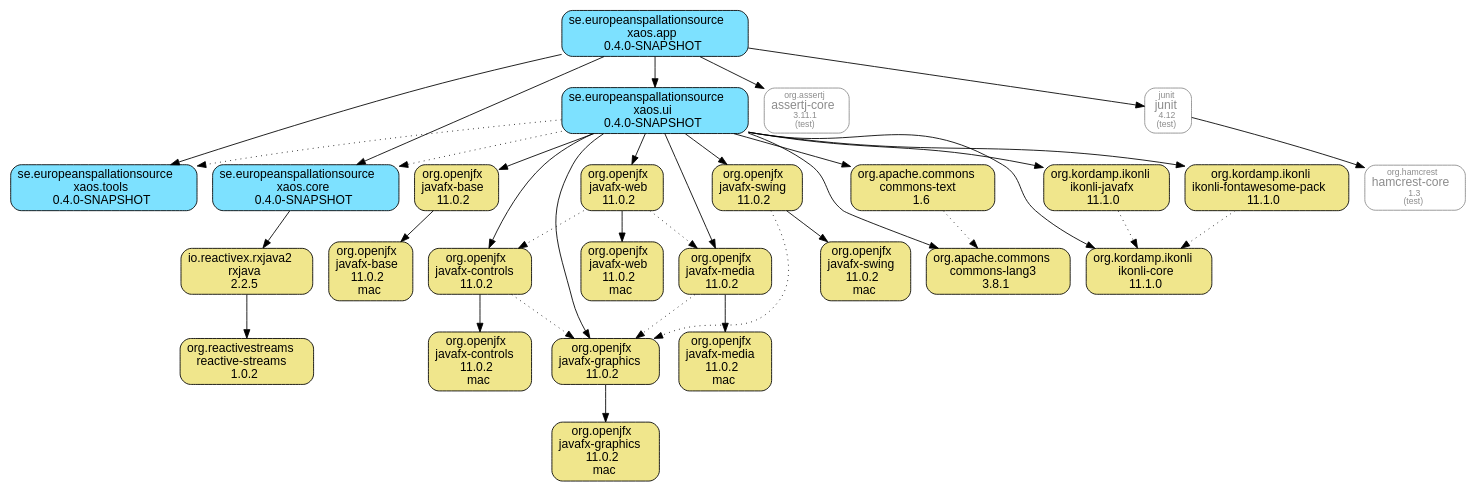
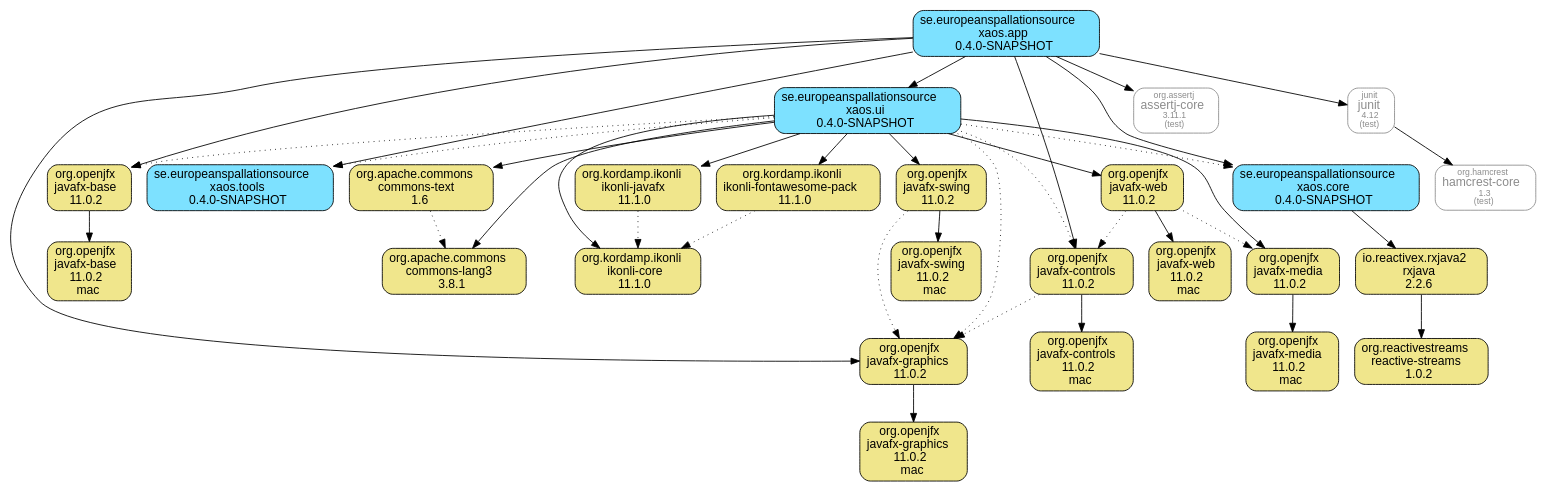
Before and after one commit to ESSICS/XAOS: the diagram in xaos.app.module/doc/maven-dependencies.dot, drawn with Graphviz. The commit also changed 67 other files, not shown here.

```diff
--- a/xaos.app.module/doc/maven-dependencies.dot
+++ b/xaos.app.module/doc/maven-dependencies.dot
@@ -1,69 +1,71 @@
 digraph "xaos.app" {
   node [shape="box",style="rounded",fontname="Helvetica",fontsize="14"]
   edge [fontsize="10",fontname="Helvetica"]
 
   // Node Definitions:
-  "se.europeanspallationsource:xaos.app:jar"[shape="box",style="rounded, filled",fillcolor="#7DE1FF",label=<se.europeanspallationsource<br/>xaos.app<br/>0.4.0-SNAPSHOT>]
-  "se.europeanspallationsource:xaos.tools:jar"[shape="box",style="rounded, filled",fillcolor="#7DE1FF",label=<se.europeanspallationsource<br/>xaos.tools<br/>0.4.0-SNAPSHOT>]
-  "io.reactivex.rxjava2:rxjava:jar"[shape="box",style="rounded, filled",fillcolor="khaki",label=<io.reactivex.rxjava2<br/>rxjava<br/>2.2.5>]
-  "org.reactivestreams:reactive-streams:jar"[shape="box",style="rounded, filled",fillcolor="khaki",label=<org.reactivestreams<br/>reactive-streams<br/>1.0.2>]
-  "se.europeanspallationsource:xaos.core:jar"[shape="box",style="rounded, filled",fillcolor="#7DE1FF",label=<se.europeanspallationsource<br/>xaos.core<br/>0.4.0-SNAPSHOT>]
   "org.openjfx:javafx-base:jar"[shape="box",style="rounded, filled",fillcolor="khaki",label=<org.openjfx<br/>javafx-base<br/>11.0.2>]
   "org.openjfx:javafx-base:jar:mac"[shape="box",style="rounded, filled",fillcolor="khaki",label=<org.openjfx<br/>javafx-base<br/>11.0.2<br/>mac>]
-  "se.europeanspallationsource:xaos.ui:jar"[shape="box",style="rounded, filled",fillcolor="#7DE1FF",label=<se.europeanspallationsource<br/>xaos.ui<br/>0.4.0-SNAPSHOT>]
+  "se.europeanspallationsource:xaos.app:jar"[shape="box",style="rounded, filled",fillcolor="#7DE1FF",label=<se.europeanspallationsource<br/>xaos.app<br/>0.4.0-SNAPSHOT>]
   "org.openjfx:javafx-controls:jar"[shape="box",style="rounded, filled",fillcolor="khaki",label=<org.openjfx<br/>javafx-controls<br/>11.0.2>]
   "org.openjfx:javafx-controls:jar:mac"[shape="box",style="rounded, filled",fillcolor="khaki",label=<org.openjfx<br/>javafx-controls<br/>11.0.2<br/>mac>]
   "org.openjfx:javafx-graphics:jar"[shape="box",style="rounded, filled",fillcolor="khaki",label=<org.openjfx<br/>javafx-graphics<br/>11.0.2>]
   "org.openjfx:javafx-graphics:jar:mac"[shape="box",style="rounded, filled",fillcolor="khaki",label=<org.openjfx<br/>javafx-graphics<br/>11.0.2<br/>mac>]
+  "se.europeanspallationsource:xaos.tools:jar"[shape="box",style="rounded, filled",fillcolor="#7DE1FF",label=<se.europeanspallationsource<br/>xaos.tools<br/>0.4.0-SNAPSHOT>]
+  "io.reactivex.rxjava2:rxjava:jar"[shape="box",style="rounded, filled",fillcolor="khaki",label=<io.reactivex.rxjava2<br/>rxjava<br/>2.2.6>]
+  "org.reactivestreams:reactive-streams:jar"[shape="box",style="rounded, filled",fillcolor="khaki",label=<org.reactivestreams<br/>reactive-streams<br/>1.0.2>]
+  "se.europeanspallationsource:xaos.core:jar"[shape="box",style="rounded, filled",fillcolor="#7DE1FF",label=<se.europeanspallationsource<br/>xaos.core<br/>0.4.0-SNAPSHOT>]
+  "se.europeanspallationsource:xaos.ui:jar"[shape="box",style="rounded, filled",fillcolor="#7DE1FF",label=<se.europeanspallationsource<br/>xaos.ui<br/>0.4.0-SNAPSHOT>]
   "org.openjfx:javafx-media:jar"[shape="box",style="rounded, filled",fillcolor="khaki",label=<org.openjfx<br/>javafx-media<br/>11.0.2>]
   "org.openjfx:javafx-media:jar:mac"[shape="box",style="rounded, filled",fillcolor="khaki",label=<org.openjfx<br/>javafx-media<br/>11.0.2<br/>mac>]
   "org.openjfx:javafx-swing:jar"[shape="box",style="rounded, filled",fillcolor="khaki",label=<org.openjfx<br/>javafx-swing<br/>11.0.2>]
   "org.openjfx:javafx-swing:jar:mac"[shape="box",style="rounded, filled",fillcolor="khaki",label=<org.openjfx<br/>javafx-swing<br/>11.0.2<br/>mac>]
   "org.openjfx:javafx-web:jar"[shape="box",style="rounded, filled",fillcolor="khaki",label=<org.openjfx<br/>javafx-web<br/>11.0.2>]
   "org.openjfx:javafx-web:jar:mac"[shape="box",style="rounded, filled",fillcolor="khaki",label=<org.openjfx<br/>javafx-web<br/>11.0.2<br/>mac>]
   "org.apache.commons:commons-lang3:jar"[shape="box",style="rounded, filled",fillcolor="khaki",label=<org.apache.commons<br/>commons-lang3<br/>3.8.1>]
   "org.apache.commons:commons-text:jar"[shape="box",style="rounded, filled",fillcolor="khaki",label=<org.apache.commons<br/>commons-text<br/>1.6>]
   "org.kordamp.ikonli:ikonli-core:jar"[shape="box",style="rounded, filled",fillcolor="khaki",label=<org.kordamp.ikonli<br/>ikonli-core<br/>11.1.0>]
   "org.kordamp.ikonli:ikonli-javafx:jar"[shape="box",style="rounded, filled",fillcolor="khaki",label=<org.kordamp.ikonli<br/>ikonli-javafx<br/>11.1.0>]
   "org.kordamp.ikonli:ikonli-fontawesome-pack:jar"[shape="box",style="rounded, filled",fillcolor="khaki",label=<org.kordamp.ikonli<br/>ikonli-fontawesome-pack<br/>11.1.0>]
   "org.assertj:assertj-core:jar"[shape="box",style="rounded",color="grey55",fontname="Helvetica",fontsize="14",fontcolor="grey55",label=<<font color="grey55" point-size="10">org.assertj</font><br/>assertj-core<font color="grey55" point-size="10"><br/>3.11.1</font><font color="grey55" point-size="10"><br/>(test)</font>>]
   "junit:junit:jar"[shape="box",style="rounded",color="grey55",fontname="Helvetica",fontsize="14",fontcolor="grey55",label=<<font color="grey55" point-size="10">junit</font><br/>junit<font color="grey55" point-size="10"><br/>4.12</font><font color="grey55" point-size="10"><br/>(test)</font>>]
   "org.hamcrest:hamcrest-core:jar"[shape="box",style="rounded",color="grey55",fontname="Helvetica",fontsize="14",fontcolor="grey55",label=<<font color="grey55" point-size="10">org.hamcrest</font><br/>hamcrest-core<font color="grey55" point-size="10"><br/>1.3</font><font color="grey55" point-size="10"><br/>(test)</font>>]
 
   // Edge Definitions:
+  "org.openjfx:javafx-base:jar" -> "org.openjfx:javafx-base:jar:mac"
+  "se.europeanspallationsource:xaos.app:jar" -> "org.openjfx:javafx-base:jar"
+  "org.openjfx:javafx-controls:jar" -> "org.openjfx:javafx-controls:jar:mac"
+  "org.openjfx:javafx-controls:jar" -> "org.openjfx:javafx-graphics:jar"[style="dotted"]
+  "se.europeanspallationsource:xaos.app:jar" -> "org.openjfx:javafx-controls:jar"
+  "org.openjfx:javafx-graphics:jar" -> "org.openjfx:javafx-graphics:jar:mac"
+  "se.europeanspallationsource:xaos.app:jar" -> "org.openjfx:javafx-graphics:jar"
   "se.europeanspallationsource:xaos.app:jar" -> "se.europeanspallationsource:xaos.tools:jar"
   "io.reactivex.rxjava2:rxjava:jar" -> "org.reactivestreams:reactive-streams:jar"
   "se.europeanspallationsource:xaos.core:jar" -> "io.reactivex.rxjava2:rxjava:jar"
   "se.europeanspallationsource:xaos.app:jar" -> "se.europeanspallationsource:xaos.core:jar"
-  "org.openjfx:javafx-base:jar" -> "org.openjfx:javafx-base:jar:mac"
-  "se.europeanspallationsource:xaos.ui:jar" -> "org.openjfx:javafx-base:jar"
-  "org.openjfx:javafx-controls:jar" -> "org.openjfx:javafx-controls:jar:mac"
-  "org.openjfx:javafx-controls:jar" -> "org.openjfx:javafx-graphics:jar"[style="dotted"]
-  "se.europeanspallationsource:xaos.ui:jar" -> "org.openjfx:javafx-controls:jar"
-  "org.openjfx:javafx-graphics:jar" -> "org.openjfx:javafx-graphics:jar:mac"
-  "se.europeanspallationsource:xaos.ui:jar" -> "org.openjfx:javafx-graphics:jar"
+  "se.europeanspallationsource:xaos.ui:jar" -> "org.openjfx:javafx-base:jar"[style="dotted"]
+  "se.europeanspallationsource:xaos.ui:jar" -> "org.openjfx:javafx-controls:jar"[style="dotted"]
+  "se.europeanspallationsource:xaos.ui:jar" -> "org.openjfx:javafx-graphics:jar"[style="dotted"]
   "org.openjfx:javafx-media:jar" -> "org.openjfx:javafx-media:jar:mac"
-  "org.openjfx:javafx-media:jar" -> "org.openjfx:javafx-graphics:jar"[style="dotted"]
   "se.europeanspallationsource:xaos.ui:jar" -> "org.openjfx:javafx-media:jar"
   "org.openjfx:javafx-swing:jar" -> "org.openjfx:javafx-swing:jar:mac"
   "org.openjfx:javafx-swing:jar" -> "org.openjfx:javafx-graphics:jar"[style="dotted"]
   "se.europeanspallationsource:xaos.ui:jar" -> "org.openjfx:javafx-swing:jar"
   "org.openjfx:javafx-web:jar" -> "org.openjfx:javafx-web:jar:mac"
   "org.openjfx:javafx-web:jar" -> "org.openjfx:javafx-controls:jar"[style="dotted"]
   "org.openjfx:javafx-web:jar" -> "org.openjfx:javafx-media:jar"[style="dotted"]
   "se.europeanspallationsource:xaos.ui:jar" -> "org.openjfx:javafx-web:jar"
   "se.europeanspallationsource:xaos.ui:jar" -> "org.apache.commons:commons-lang3:jar"
   "org.apache.commons:commons-text:jar" -> "org.apache.commons:commons-lang3:jar"[style="dotted"]
   "se.europeanspallationsource:xaos.ui:jar" -> "org.apache.commons:commons-text:jar"
   "se.europeanspallationsource:xaos.ui:jar" -> "org.kordamp.ikonli:ikonli-core:jar"
   "org.kordamp.ikonli:ikonli-javafx:jar" -> "org.kordamp.ikonli:ikonli-core:jar"[style="dotted"]
   "se.europeanspallationsource:xaos.ui:jar" -> "org.kordamp.ikonli:ikonli-javafx:jar"
   "org.kordamp.ikonli:ikonli-fontawesome-pack:jar" -> "org.kordamp.ikonli:ikonli-core:jar"[style="dotted"]
   "se.europeanspallationsource:xaos.ui:jar" -> "org.kordamp.ikonli:ikonli-fontawesome-pack:jar"
   "se.europeanspallationsource:xaos.ui:jar" -> "se.europeanspallationsource:xaos.tools:jar"[style="dotted"]
   "se.europeanspallationsource:xaos.ui:jar" -> "se.europeanspallationsource:xaos.core:jar"[style="dotted"]
   "se.europeanspallationsource:xaos.app:jar" -> "se.europeanspallationsource:xaos.ui:jar"
   "se.europeanspallationsource:xaos.app:jar" -> "org.assertj:assertj-core:jar"
   "junit:junit:jar" -> "org.hamcrest:hamcrest-core:jar"
   "se.europeanspallationsource:xaos.app:jar" -> "junit:junit:jar"
 }
```
